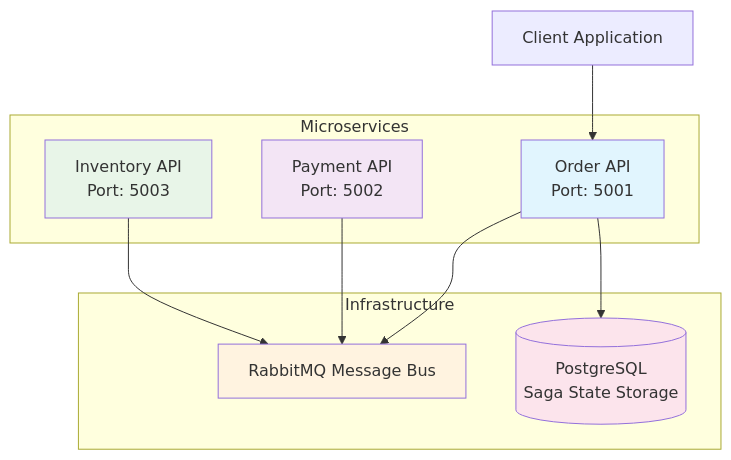
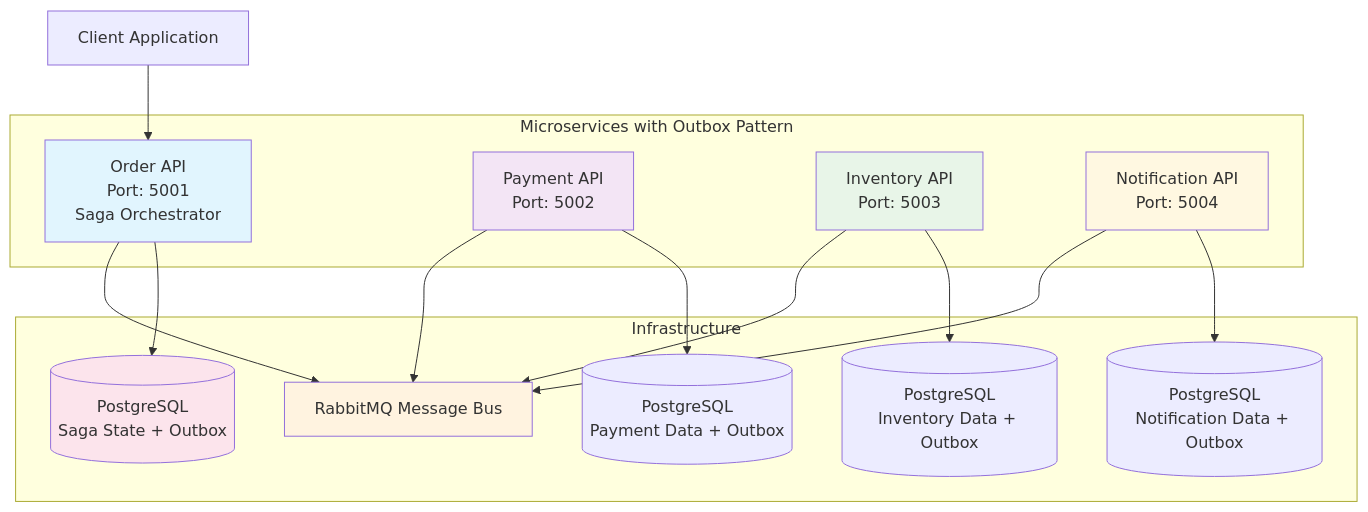
One commit to onurkanbakirci/saga-inbox-outbox changed the first of 3 diagrams in README.md. Above: the diagram before and after it, drawn with Mermaid. The commit also changed other lines of this file and 34 other files, not shown here.

````diff
--- a/README.md
+++ b/README.md
@@ -7,27 +7,36 @@
 ```mermaid
 graph TB
-    Client[Client Application] --> OrderAPI[Order API<br/>Port: 5001]
+    Client[Client Application] --> OrderAPI[Order API<br/>Port: 5001<br/>Saga Orchestrator]
     
     OrderAPI --> RabbitMQ[RabbitMQ Message Bus]
     PaymentAPI[Payment API<br/>Port: 5002] --> RabbitMQ
     InventoryAPI[Inventory API<br/>Port: 5003] --> RabbitMQ
+    NotificationAPI[Notification API<br/>Port: 5004] --> RabbitMQ
     
-    OrderAPI --> PostgreSQL[(PostgreSQL<br/>Saga State Storage)]
+    OrderAPI --> PostgreSQL[(PostgreSQL<br/>Saga State + Outbox)]
+    PaymentAPI --> PaymentDB[(PostgreSQL<br/>Payment Data + Outbox)]
+    InventoryAPI --> InventoryDB[(PostgreSQL<br/>Inventory Data + Outbox)]
+    NotificationAPI --> NotificationDB[(PostgreSQL<br/>Notification Data + Outbox)]
     
-    subgraph "Microservices"
+    subgraph "Microservices with Outbox Pattern"
         OrderAPI
         PaymentAPI
         InventoryAPI
+        NotificationAPI
     end
     
     subgraph "Infrastructure"
         RabbitMQ
         PostgreSQL
+        PaymentDB
+        InventoryDB
+        NotificationDB
     end
     
     style OrderAPI fill:#e1f5fe
     style PaymentAPI fill:#f3e5f5
     style InventoryAPI fill:#e8f5e8
+    style NotificationAPI fill:#fff8e1
     style RabbitMQ fill:#fff3e0
     style PostgreSQL fill:#fce4ec
 ```
````
